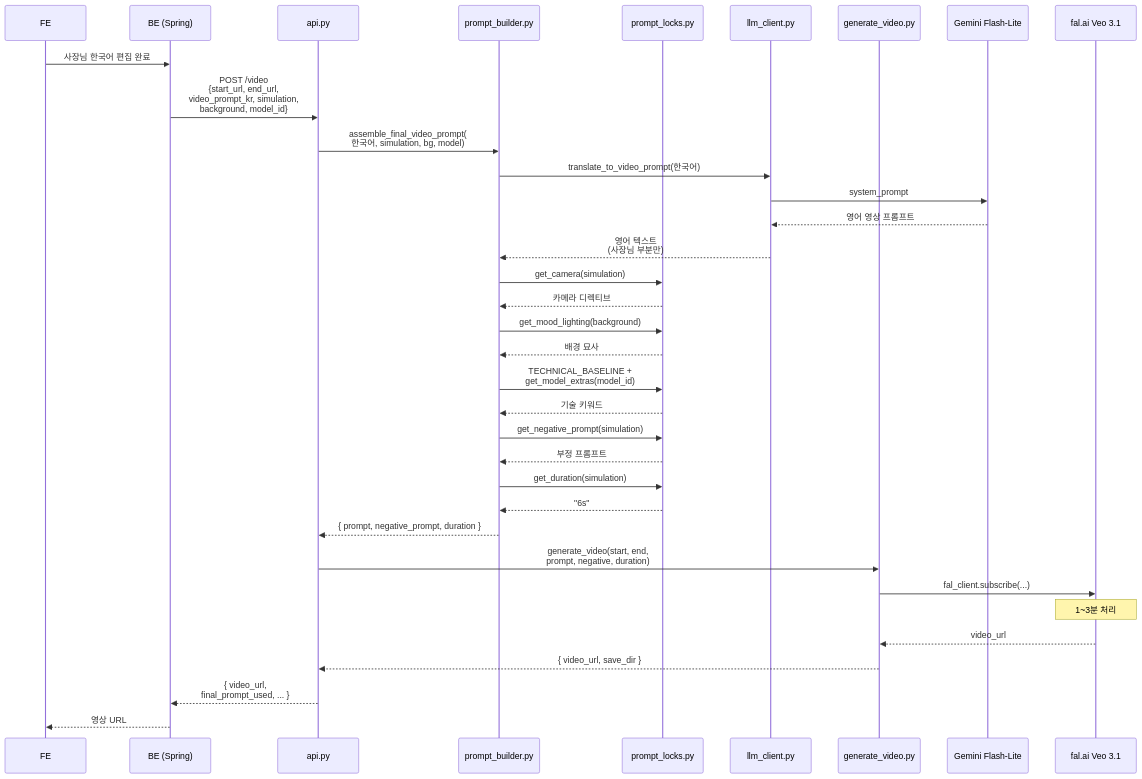
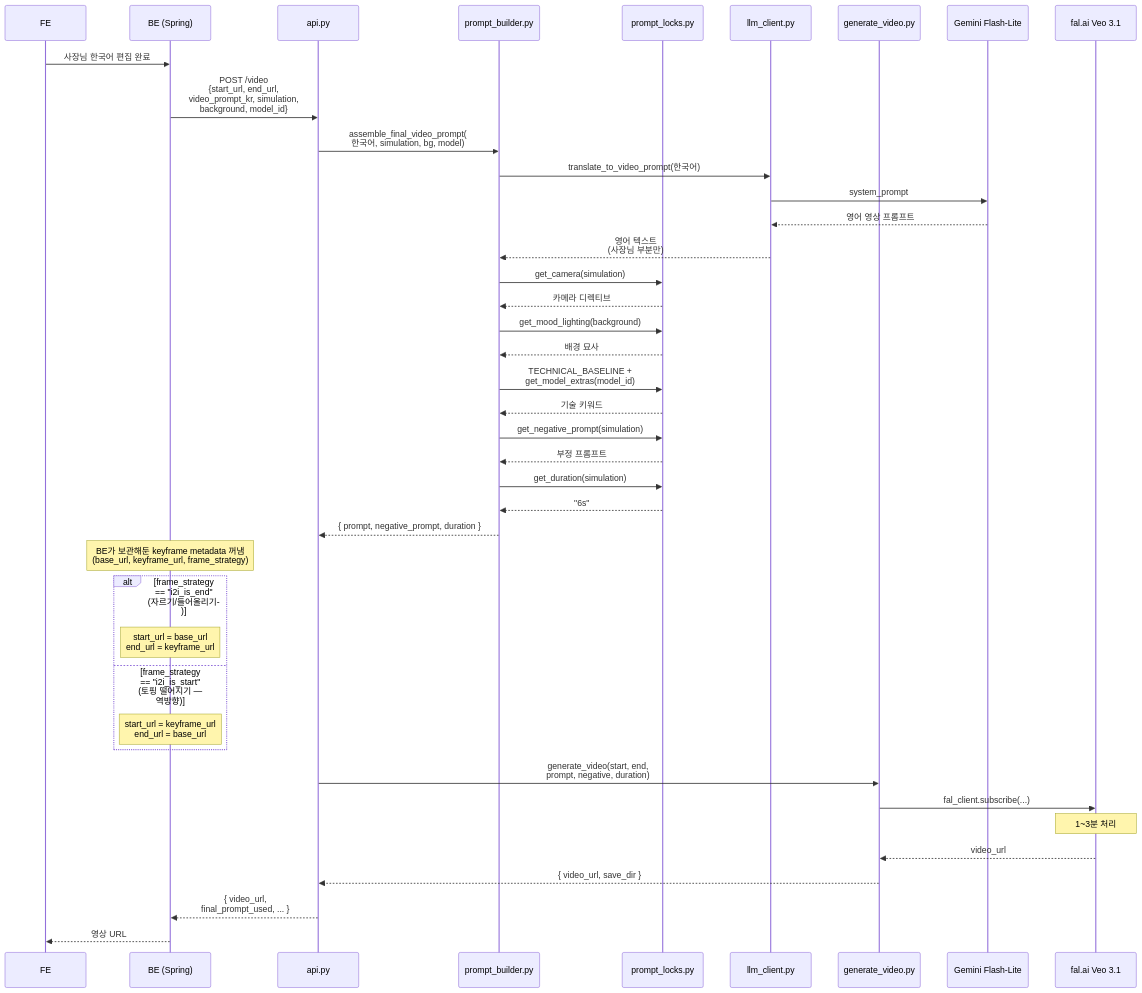
One commit to SPh0052/GEMCAFE changed the third of 4 diagrams in gemcafe/AI/ARCHITECTURE.md. Above: the diagram before and after it, drawn with Mermaid. The commit also changed other lines of this file and 3 other files, not shown here.

````diff
--- a/gemcafe/AI/ARCHITECTURE.md
+++ b/gemcafe/AI/ARCHITECTURE.md
@@ -108,44 +109,51 @@
 ```mermaid
 sequenceDiagram
     participant FE
     participant BE as BE (Spring)
     participant API as api.py
     participant PB as prompt_builder.py
     participant PL as prompt_locks.py
     participant LLM as llm_client.py
     participant GV as generate_video.py
     participant G as Gemini Flash-Lite
     participant Veo as fal.ai Veo 3.1
 
     FE->>BE: 사장님 한국어 편집 완료
     BE->>API: POST /video<br/>{start_url, end_url,<br/>video_prompt_kr, simulation,<br/>background, model_id}
 
     API->>PB: assemble_final_video_prompt(<br/>한국어, simulation, bg, model)
 
     PB->>LLM: translate_to_video_prompt(한국어)
     LLM->>G: system_prompt #2 + 한국어
     G-->>LLM: 영어 영상 프롬프트
     LLM-->>PB: 영어 텍스트<br/>(사장님 부분만)
 
     PB->>PL: get_camera(simulation)
     PL-->>PB: 카메라 디렉티브
     PB->>PL: get_mood_lighting(background)
     PL-->>PB: 배경 묘사
     PB->>PL: TECHNICAL_BASELINE +<br/>get_model_extras(model_id)
     PL-->>PB: 기술 키워드
     PB->>PL: get_negative_prompt(simulation)
     PL-->>PB: 부정 프롬프트
     PB->>PL: get_duration(simulation)
     PL-->>PB: "6s"
 
     PB-->>API: { prompt, negative_prompt, duration }
 
+    Note over BE: BE가 보관해둔 keyframe metadata 꺼냄<br/>(base_url, keyframe_url, frame_strategy)
+    alt frame_strategy == "i2i_is_end" (자르기/들어올리기)
+        Note over BE: start_url = base_url<br/>end_url = keyframe_url
+    else frame_strategy == "i2i_is_start" (토핑 떨어지기 — 역방향)
+        Note over BE: start_url = keyframe_url<br/>end_url = base_url
+    end
+
     API->>GV: generate_video(start, end,<br/>prompt, negative, duration)
     GV->>Veo: fal_client.subscribe(...)
     Note over Veo: 1~3분 처리
     Veo-->>GV: video_url
     GV-->>API: { video_url, save_dir }
 
     API-->>BE: { video_url,<br/>final_prompt_used, ... }
     BE-->>FE: 영상 URL
 ```
````
